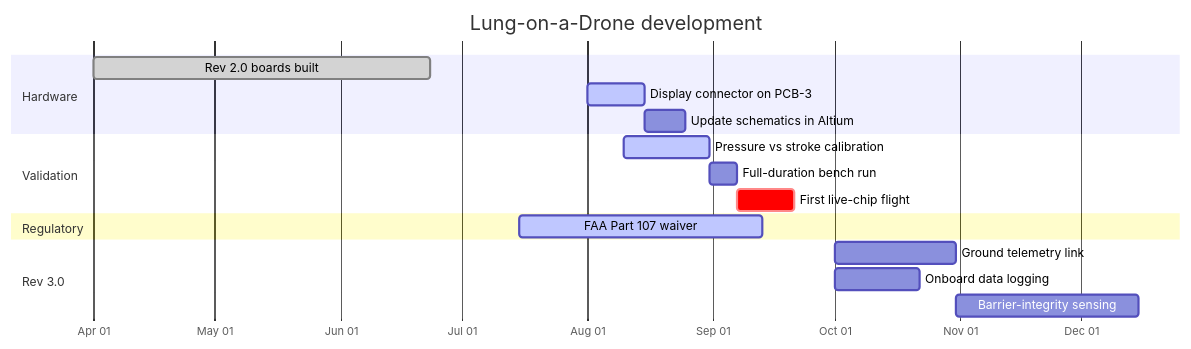
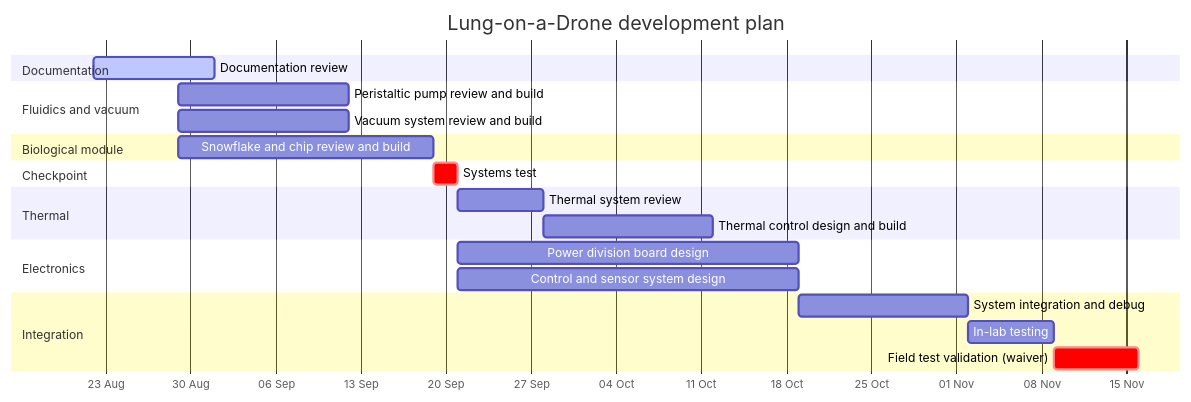
Before and after one commit to erenteriaf/Lung-on-a-Drone: the diagram in README.md, drawn with Mermaid. The commit also changed other lines of this file, not shown here.

Commit message:
objectives and roadmap

````diff
--- a/README.md
+++ b/README.md
@@ -170,24 +170,32 @@
 ```mermaid
 gantt
-    title Lung-on-a-Drone development
+    title Lung-on-a-Drone development plan
     dateFormat YYYY-MM-DD
-    axisFormat %b %d
+    axisFormat %d %b
 
-    section Hardware
-    Rev 2.0 boards built            :done,   h1, 2026-04-01, 2026-06-23
-    Display connector on PCB-3      :active, h2, 2026-08-01, 14d
-    Update schematics in Altium     :        h3, after h2, 10d
+    section Documentation
+    Documentation review                  :active, doc,  2026-08-22, 2026-09-01
 
-    section Validation
-    Pressure vs stroke calibration  :active, v1, 2026-08-10, 21d
-    Full-duration bench run         :        v2, after v1, 7d
-    First live-chip flight          :crit,   v3, after v2, 14d
+    section Fluidics and vacuum
+    Peristaltic pump review and build     :        peri, 2026-08-29, 14d
+    Vacuum system review and build        :        vac,  2026-08-29, 14d
 
-    section Regulatory
-    FAA Part 107 waiver             :active, r1, 2026-07-15, 60d
+    section Biological module
+    Snowflake and chip review and build   :        snow, 2026-08-29, 21d
 
-    section Rev 3.0
-    Ground telemetry link           :        f1, 2026-10-01, 30d
-    Onboard data logging            :        f2, 2026-10-01, 21d
-    Barrier-integrity sensing       :        f3, after f1, 45d
+    section Checkpoint
+    Systems test                          :crit,   test, after peri vac snow, 2d
+
+    section Thermal
+    Thermal system review                 :        th1,  after test, 7d
+    Thermal control design and build      :        th2,  after th1, 14d
+
+    section Electronics
+    Power division board design           :        pwr,  after test, 28d
+    Control and sensor system design      :        ctrl, after test, 28d
+
+    section Integration
+    System integration and debug          :        integ, after th2 pwr ctrl, 14d
+    In-lab testing                        :        lab,  after integ, 7d
+    Field test validation (waiver)        :crit,   field, after lab, 7d
 ```
````
